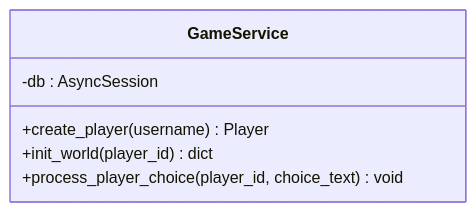
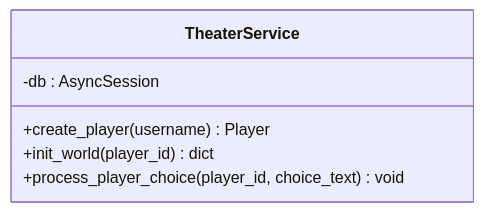
One commit to KunLabAI/KunFlix changed the fifth of 9 diagrams in .qoder/repowiki/zh/content/后端开发指南/后端开发指南.md. Above: the diagram before and after it, drawn with Mermaid. The commit also changed other lines of this file and 112 other files, not shown here.

````diff
--- a/.qoder/repowiki/zh/content/后端开发指南/后端开发指南.md
+++ b/.qoder/repowiki/zh/content/后端开发指南/后端开发指南.md
@@ -271,9 +271,9 @@
 ```mermaid
 classDiagram
-class GameService {
+class TheaterService {
 -db : AsyncSession
 +create_player(username) Player
 +init_world(player_id) dict
 +process_player_choice(player_id, choice_text) void
 }
 ```
````
